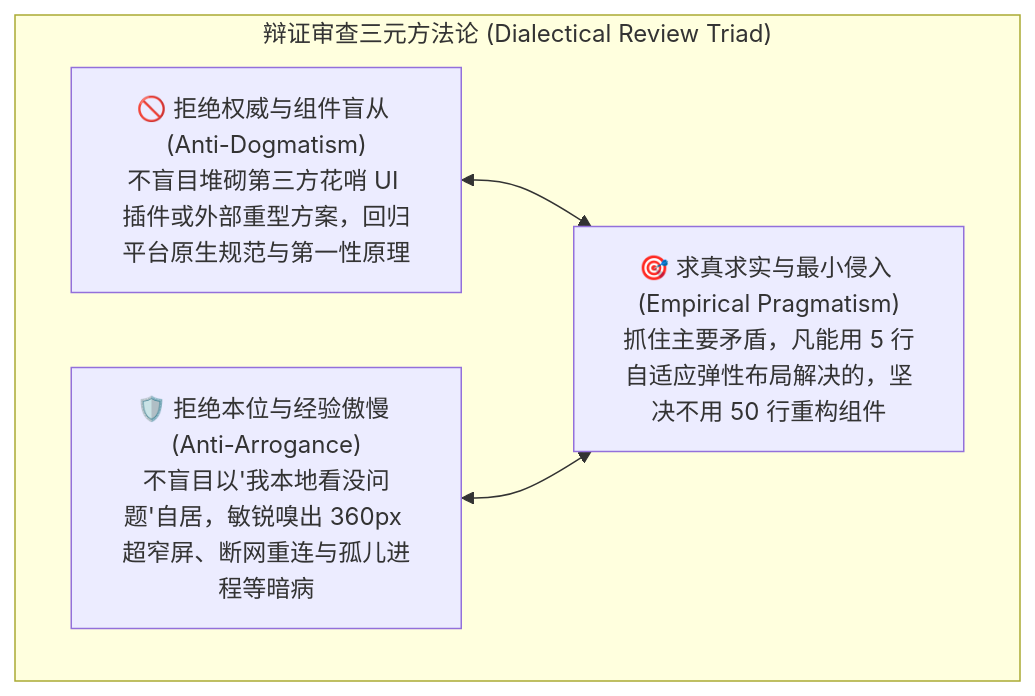
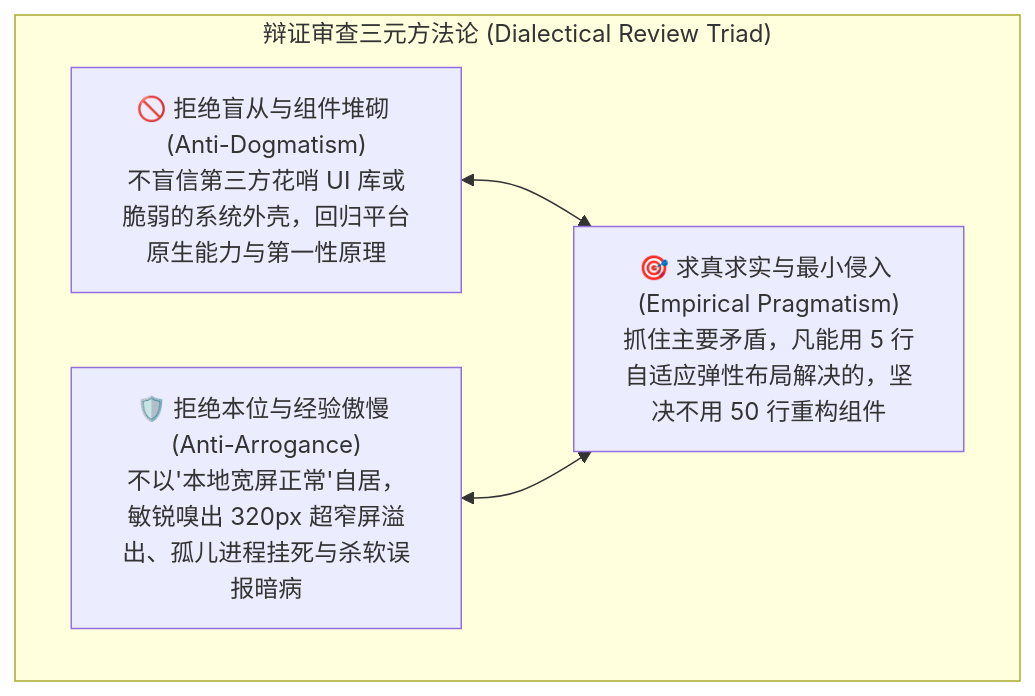
One commit to BeingNoAbility/WebRTC-Gateway-GUI changed the first of 4 diagrams in docs/REVIEW_GUIDELINES.md. Above: the diagram before and after it, drawn with Mermaid. The commit also changed other lines of this file and 2 other files, not shown here.

````diff
--- a/docs/REVIEW_GUIDELINES.md
+++ b/docs/REVIEW_GUIDELINES.md
@@ -11,10 +11,10 @@
 ```mermaid
 flowchart TD
     subgraph Dialectical_Methodology["辩证审查三元方法论 (Dialectical Review Triad)"]
-        A["🚫 拒绝权威与组件盲从 (Anti-Dogmatism)<br/>不盲目堆砌第三方花哨 UI 插件或外部重型方案，回归平台原生规范与第一性原理"]
-        B["🛡️ 拒绝本位与经验傲慢 (Anti-Arrogance)<br/>不盲目以'我本地看没问题'自居，敏锐嗅出 360px 超窄屏、断网重连与孤儿进程等暗病"]
+        A["🚫 拒绝盲从与组件堆砌 (Anti-Dogmatism)<br/>不盲信第三方花哨 UI 库或脆弱的系统外壳，回归平台原生能力与第一性原理"]
+        B["🛡️ 拒绝本位与经验傲慢 (Anti-Arrogance)<br/>不以'本地宽屏正常'自居，敏锐嗅出 320px 超窄屏溢出、孤儿进程挂死与杀软误报暗病"]
         C["🎯 求真求实与最小侵入 (Empirical Pragmatism)<br/>抓住主要矛盾，凡能用 5 行自适应弹性布局解决的，坚决不用 50 行重构组件"]
         A <--> C
         B <--> C
     end
 ```
````
